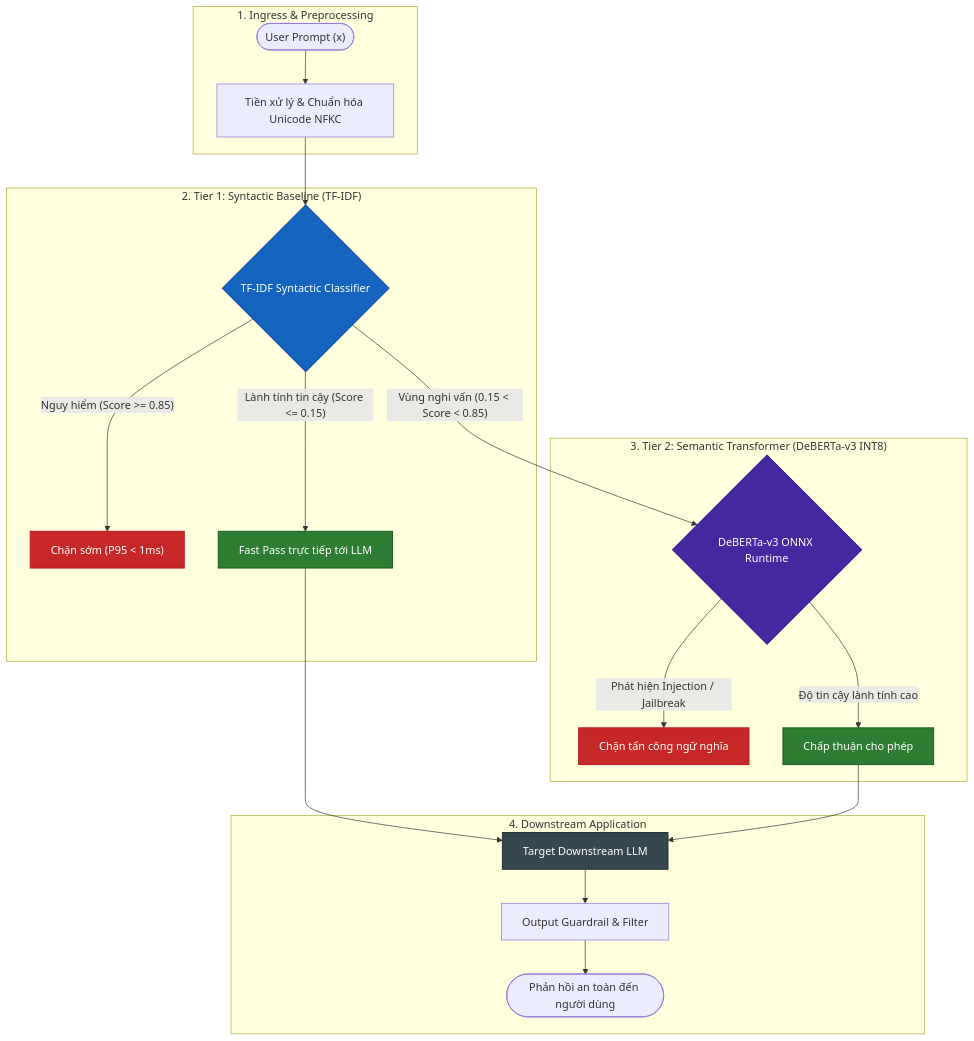
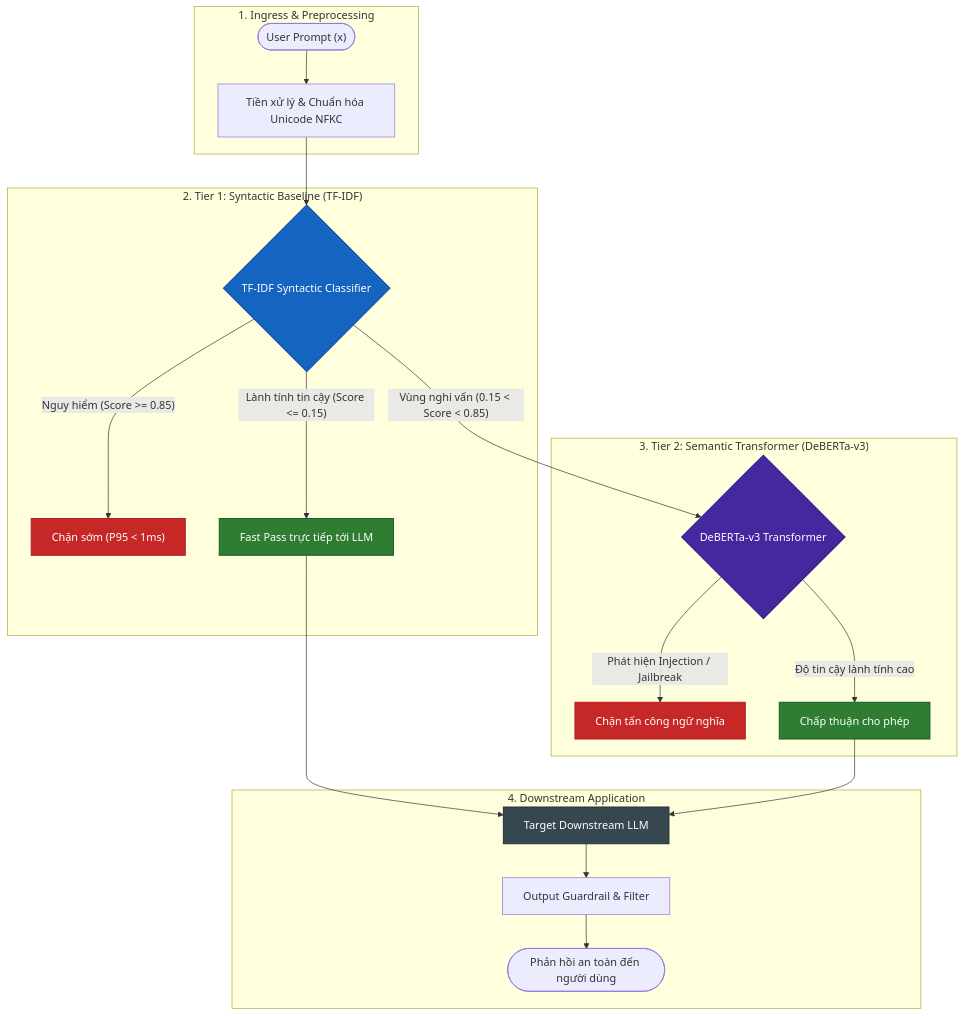
Before and after one commit to nvtruongops/pi-guard: the diagram in Github-Page/index.md, drawn with Mermaid. The commit also changed other lines of this file and 184 other files, not shown here.

````diff
--- a/Github-Page/index.md
+++ b/Github-Page/index.md
@@ -21,33 +21,33 @@
 ```mermaid
 flowchart TD
     subgraph Ingress["1. Ingress & Preprocessing"]
         UserPrompt(["User Prompt (x)"]) --> P1["Tiền xử lý & Chuẩn hóa Unicode NFKC"]
     end
 
     subgraph Tier1["2. Tier 1: Syntactic Baseline (TF-IDF)"]
         P1 --> T1{"TF-IDF Syntactic Classifier"}
         T1 -- "Nguy hiểm (Score >= 0.85)" --> Block1["Chặn sớm (P95 < 1ms)"]
         T1 -- "Lành tính tin cậy (Score <= 0.15)" --> Pass1["Fast Pass trực tiếp tới LLM"]
     end
 
-    subgraph Tier2["3. Tier 2: Semantic Transformer (DeBERTa-v3 INT8)"]
-        T1 -- "Vùng nghi vấn (0.15 < Score < 0.85)" --> T2{"DeBERTa-v3 ONNX Runtime"}
+    subgraph Tier2["3. Tier 2: Semantic Transformer (DeBERTa-v3)"]
+        T1 -- "Vùng nghi vấn (0.15 < Score < 0.85)" --> T2{"DeBERTa-v3 Transformer"}
         T2 -- "Phát hiện Injection / Jailbreak" --> Block2["Chặn tấn công ngữ nghĩa"]
         T2 -- "Độ tin cậy lành tính cao" --> Pass2["Chấp thuận cho phép"]
     end
 
     subgraph TargetLLM["4. Downstream Application"]
         Pass1 --> LLM["Target Downstream LLM"]
         Pass2 --> LLM
         LLM --> OutFilter["Output Guardrail & Filter"]
         OutFilter --> SafeResponse(["Phản hồi an toàn đến người dùng"])
     end
 
     style Block1 fill:#c62828,color:#fff,stroke:#b71c1c,stroke-width:1.5px;
     style Block2 fill:#c62828,color:#fff,stroke:#b71c1c,stroke-width:1.5px;
     style Pass1 fill:#2e7d32,color:#fff,stroke:#1b5e20,stroke-width:1.5px;
     style Pass2 fill:#2e7d32,color:#fff,stroke:#1b5e20,stroke-width:1.5px;
     style T1 fill:#1565c0,color:#fff,stroke:#0d47a1,stroke-width:1.5px;
     style T2 fill:#4527a0,color:#fff,stroke:#311b92,stroke-width:1.5px;
     style LLM fill:#37474f,color:#fff,stroke:#263238,stroke-width:1.5px;
 ```
````
